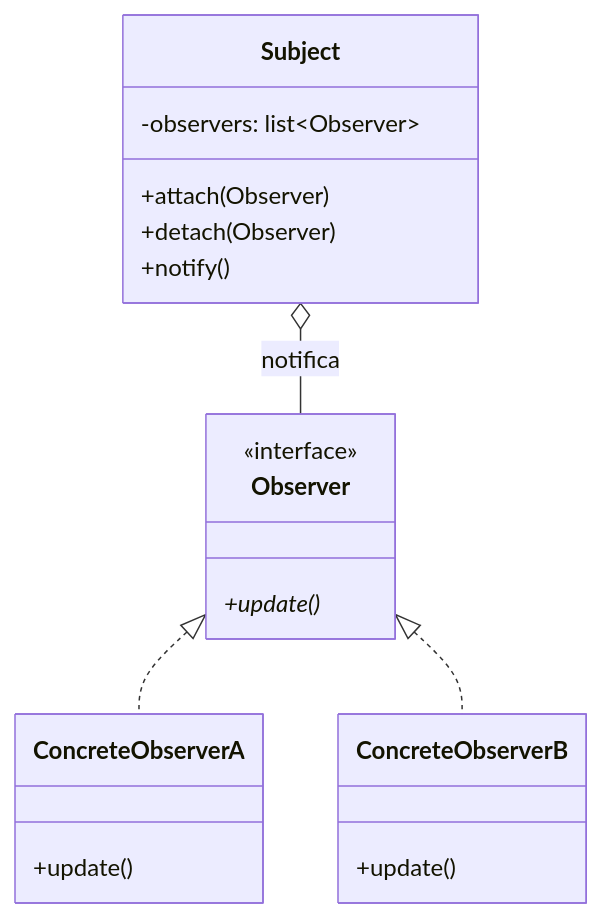
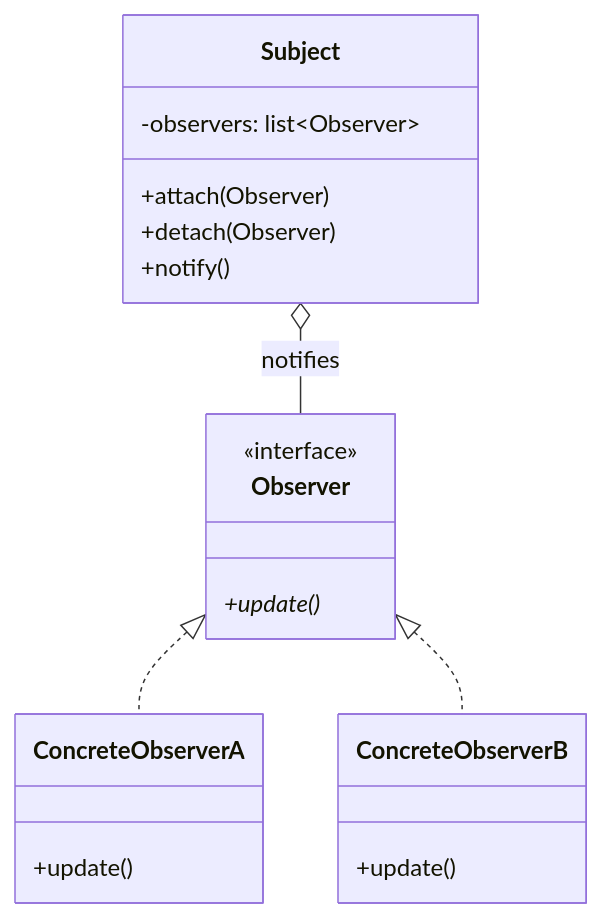
Before and after one commit to lucadileo9/design-pattern: the first of 3 diagrams in 03_behavioral/observer/README.md, drawn with Mermaid. The commit also changed other lines of this file and 43 other files, not shown here.

````diff
--- a/03_behavioral/observer/README.md
+++ b/03_behavioral/observer/README.md
@@ -36,23 +36,23 @@
 ```mermaid
 classDiagram
     class Subject {
         -observers: list~Observer~
         +attach(Observer)
         +detach(Observer)
         +notify()
     }
     class Observer {
         <<interface>>
         +update()*
     }
     class ConcreteObserverA {
         +update()
     }
     class ConcreteObserverB {
         +update()
     }
 
-    Subject o-- Observer : notifica
+    Subject o-- Observer : notifies
     Observer <|.. ConcreteObserverA
     Observer <|.. ConcreteObserverB
 ```
````
